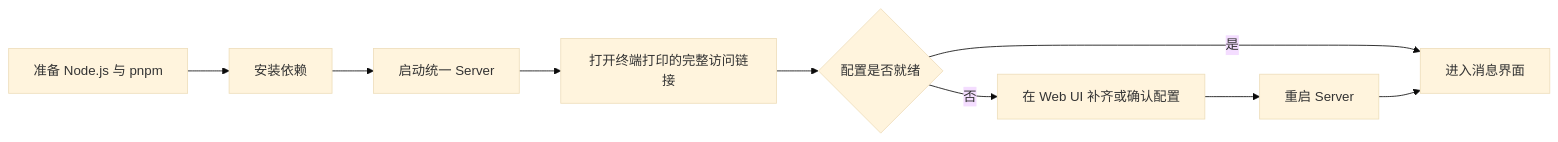
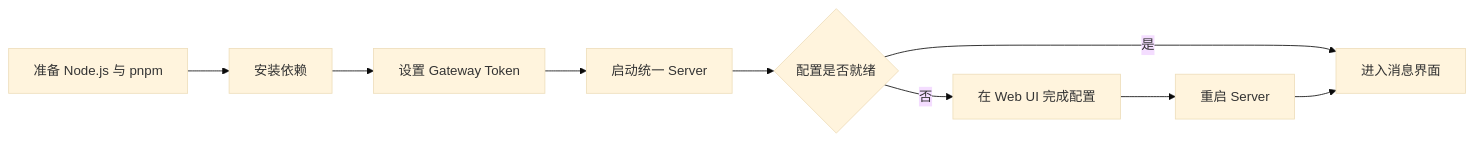
The diagram in docs/guide/index.md (posanbu/Kaguya), drawn with Mermaid (base theme) before and after one commit. The commit also changed other lines of this file and 229 other files, not shown here.

````diff
--- a/docs/guide/index.md
+++ b/docs/guide/index.md
@@ -26,11 +26,11 @@
 ```mermaid
 flowchart LR
   A[准备 Node.js 与 pnpm] --> B[安装依赖]
-  B --> C[启动统一 Server]
-  C --> D[打开终端打印的完整访问链接]
+  B --> C[设置 Gateway Token]
+  C --> D[启动统一 Server]
   D --> E{配置是否就绪}
-  E -- 否 --> F[在 Web UI 补齐或确认配置]
+  E -- 否 --> F[在 Web UI 完成配置]
   F --> G[重启 Server]
   E -- 是 --> H[进入消息界面]
   G --> H
 ```
````
